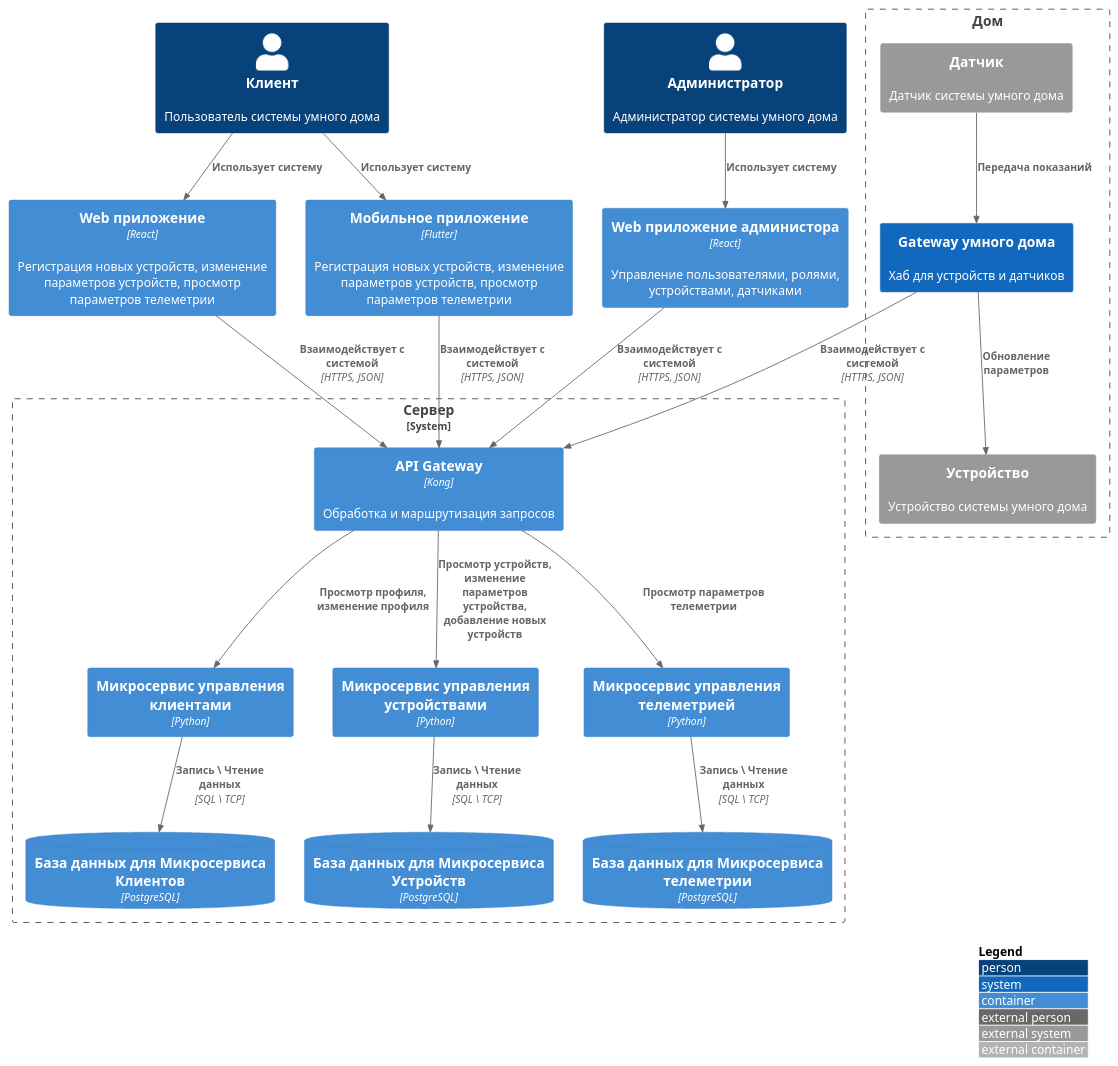
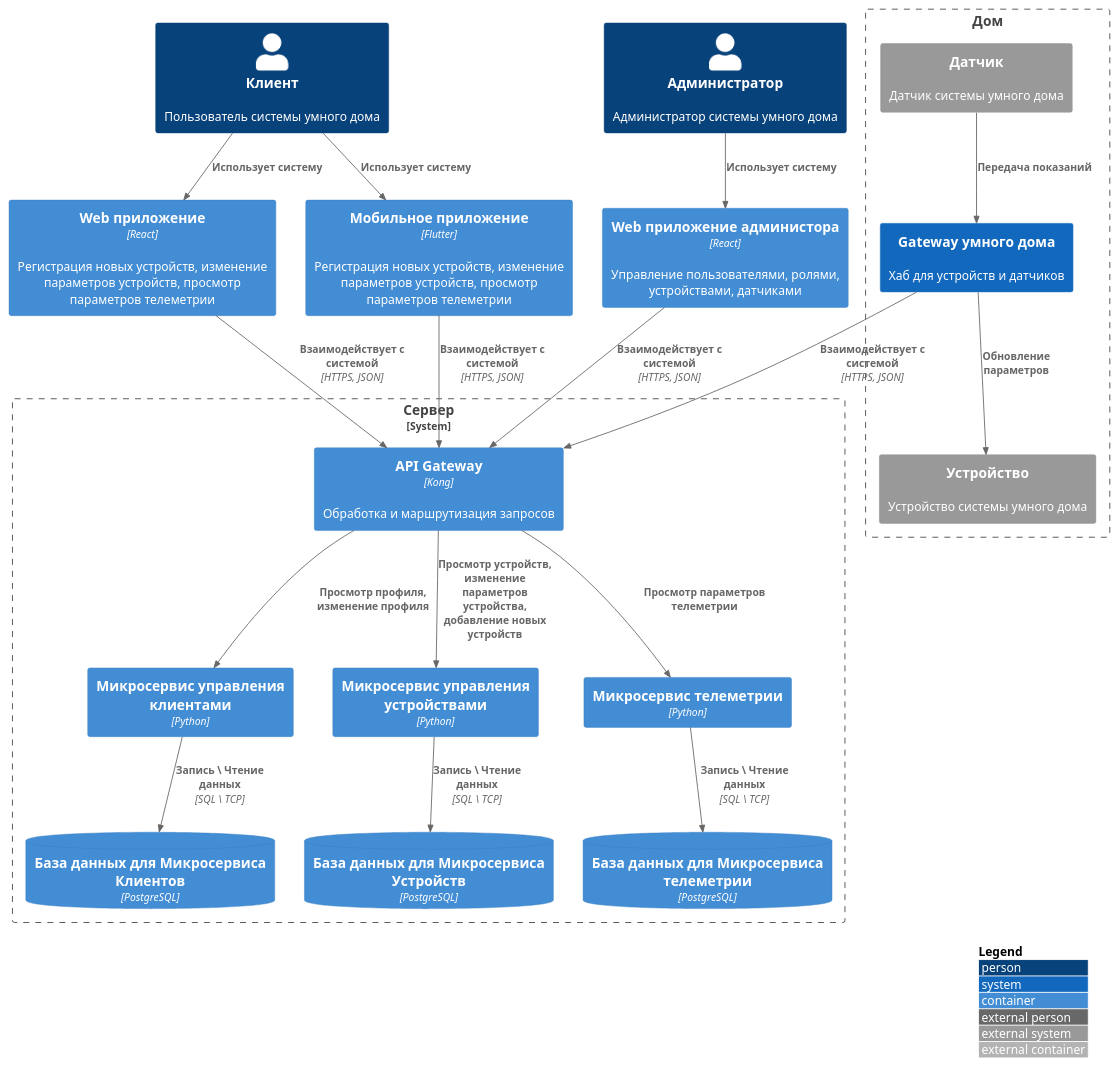
Before and after one commit to fireflysmk/architecture-sprint-3: the diagram in docs/docs/containers/containers.puml, drawn with PlantUML. The commit also changed 2 other files, not shown here.

Commit message:
Добавление диаграммы Компонентов

```diff
--- a/docs/docs/containers/containers.puml
+++ b/docs/docs/containers/containers.puml
@@ -1,52 +1,52 @@
 @startuml
 !include https://raw.githubusercontent.com/plantuml-stdlib/C4-PlantUML/master/C4_Container.puml
 
 skinparam wrapWidth 300
 LAYOUT_WITH_LEGEND()
 
 
 Person(user, "Клиент", "Пользователь системы умного дома")
 Person(admin, "Администратор", "Администратор системы умного дома")
 
 Boundary(home, "Дом") {
     System_Ext(device, "Устройство", "Устройство системы умного дома")
     System_Ext(sensor, "Датчик", "Датчик системы умного дома")
     System(hub, "Gateway умного дома", "Хаб для устройств и датчиков")
 }
 
 Container(web, "Web приложение", "React", "Регистрация новых устройств, изменение параметров устройств, просмотр параметров телеметрии")
 Container(mobileApp, "Мобильное приложение", "Flutter", "Регистрация новых устройств, изменение параметров устройств, просмотр параметров телеметрии")
 Container(webAdmin, "Web приложение администора", "React", "Управление пользователями, ролями, устройствами, датчиками")
 
 System_Boundary(system, "Сервер") {
     Container(users, "Микросервис управления клиентами", "Python")
     Container(devices, "Микросервис управления устройствами", "Python")
-    Container(telemetry, "Микросервис управления телеметрией", "Python")
+    Container(telemetry, "Микросервис телеметрии", "Python")
     Container(gateway, "API Gateway", "Kong", "Обработка и маршрутизация запросов")
     ContainerDb(db_users, "База данных для Микросервиса Клиентов", "PostgreSQL")
     ContainerDb(db_devices, "База данных для Микросервиса Устройств", "PostgreSQL")
     ContainerDb(db_telemetry, "База данных для Микросервиса телеметрии", "PostgreSQL")
 }
 
 Rel(users, db_users, "Запись \ Чтение данных", "SQL \ TCP")
 Rel(devices, db_devices, "Запись \ Чтение данных" , "SQL \ TCP")
 Rel(telemetry, db_telemetry, "Запись \ Чтение данных" , "SQL \ TCP")
 
 Rel(user, web, "Использует систему")
 Rel(user, mobileApp, "Использует систему")
 Rel(admin, webAdmin, "Использует систему")
 
 Rel(web, gateway, "Взаимодействует с системой", "HTTPS, JSON")
 Rel(mobileApp, gateway, "Взаимодействует с системой", "HTTPS, JSON")
 Rel(webAdmin, gateway, "Взаимодействует с системой", "HTTPS, JSON")
 
 Rel(gateway, users, "Просмотр профиля, изменение профиля")
 Rel(gateway, devices, "Просмотр устройств, изменение параметров устройства, добавление новых устройств")
 Rel(gateway, telemetry, "Просмотр параметров телеметрии")
 
 Rel(hub, device, "Обновление параметров")
 Rel(sensor, hub, "Передача показаний")
 Rel(hub, gateway, "Взаимодействует с системой", "HTTPS, JSON")
 
 
 @enduml
```
